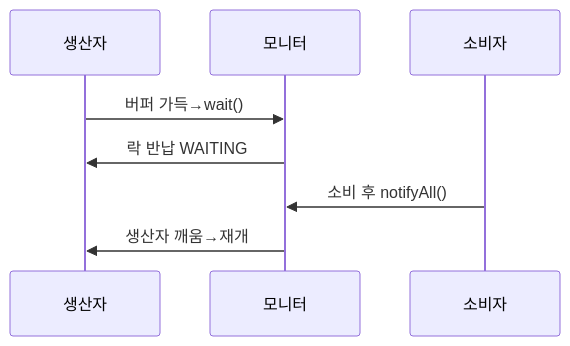
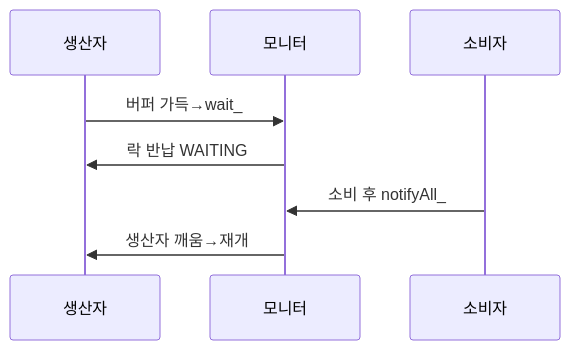
The fifth of 6 diagrams in _posts/java/2026-05-01-java-object-class.md (yjkim2015/yjkim2015.github.io), drawn with Mermaid before and after one commit. The commit also changed 85 other files, not shown here.

First line of the commit message:
sequenceDiagram 문법 에러 2차 수정 169개 (86파일)

````diff
--- a/_posts/java/2026-05-01-java-object-class.md
+++ b/_posts/java/2026-05-01-java-object-class.md
@@ -572,7 +572,7 @@
 ```mermaid
 sequenceDiagram
-    생산자->>모니터: 버퍼 가득→wait()
+    생산자->>모니터: 버퍼 가득→wait_
     모니터->>생산자: 락 반납 WAITING
-    소비자->>모니터: 소비 후 notifyAll()
+    소비자->>모니터: 소비 후 notifyAll_
     모니터->>생산자: 생산자 깨움→재개
 ```
````
